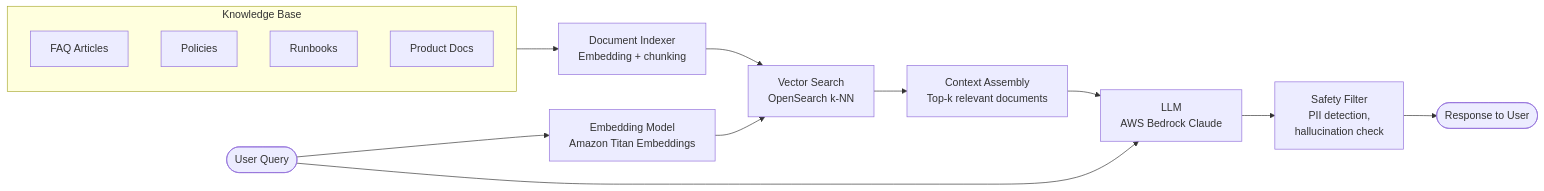
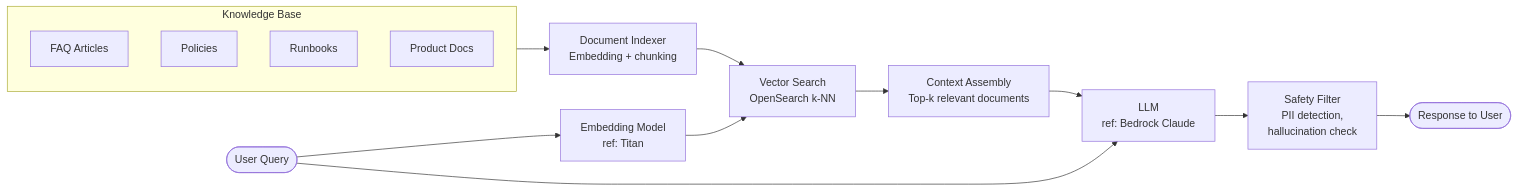
The fourth of 4 diagrams in 10-ai-ml-platform/02-ai-governance.md (rishikeshdhokare/platform-manifesto), drawn with Mermaid before and after one commit. The commit also changed other lines of this file and 64 other files, not shown here.

````diff
--- a/10-ai-ml-platform/02-ai-governance.md
+++ b/10-ai-ml-platform/02-ai-governance.md
@@ -193,26 +197,26 @@
 ```mermaid
 flowchart LR
-    User([User Query]) --> Embed[Embedding Model<br/>Amazon Titan Embeddings]
+    User([User Query]) --> Embed[Embedding Model<br/>ref: Titan]
 
     Embed --> VectorSearch[Vector Search<br/>OpenSearch k-NN]
 
     VectorSearch --> Context[Context Assembly<br/>Top-k relevant documents]
 
     subgraph kb [Knowledge Base]
         FAQ[FAQ Articles]
         Policies[Policies]
         Runbooks[Runbooks]
         Docs[Product Docs]
     end
 
     kb --> Indexer[Document Indexer<br/>Embedding + chunking]
     Indexer --> VectorSearch
 
-    Context --> LLM[LLM<br/>AWS Bedrock Claude]
+    Context --> LLM[LLM<br/>ref: Bedrock Claude]
     User --> LLM
 
     LLM --> Safety[Safety Filter<br/>PII detection,<br/>hallucination check]
 
     Safety --> Response([Response to User])
 
 ```
````
